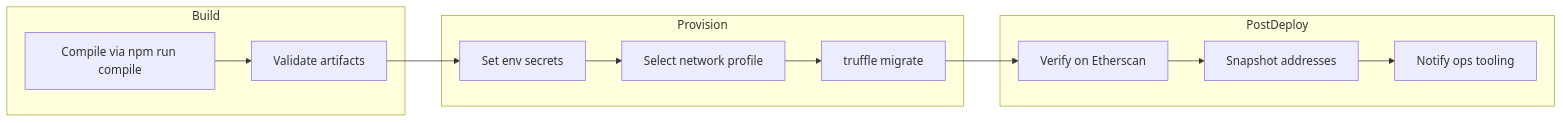
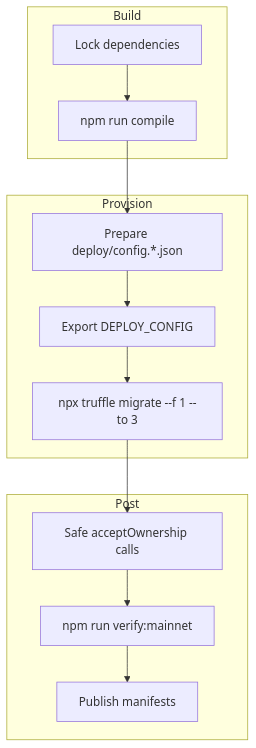
The diagram in deploy/README.md (MontrealAI/agijobs-sovereign-labor-v0p1), drawn with Mermaid before and after one commit. The commit also changed other lines of this file and 8 other files, not shown here.

````diff
--- a/deploy/README.md
+++ b/deploy/README.md
@@ -6,19 +6,18 @@
 ```mermaid
-flowchart LR
+flowchart TD
     subgraph Build
-        A[Compile via npm run compile]
-        B[Validate artifacts]
+        A[Lock dependencies]
+        B[npm run compile]
     end
     subgraph Provision
-        C[Set env secrets]
-        D[Select network profile]
-        E[truffle migrate]
+        C[Prepare deploy/config.*.json]
+        D[Export DEPLOY_CONFIG]
+        E[npx truffle migrate --f 1 --to 3]
     end
-    subgraph PostDeploy
-        F[Verify on Etherscan]
-        G[Snapshot addresses]
-        H[Notify ops tooling]
+    subgraph Post
+        F[Safe acceptOwnership calls]
+        G[npm run verify:mainnet]
+        H[Publish manifests]
     end
-
     A --> B --> C --> D --> E --> F --> G --> H
 ```
````
